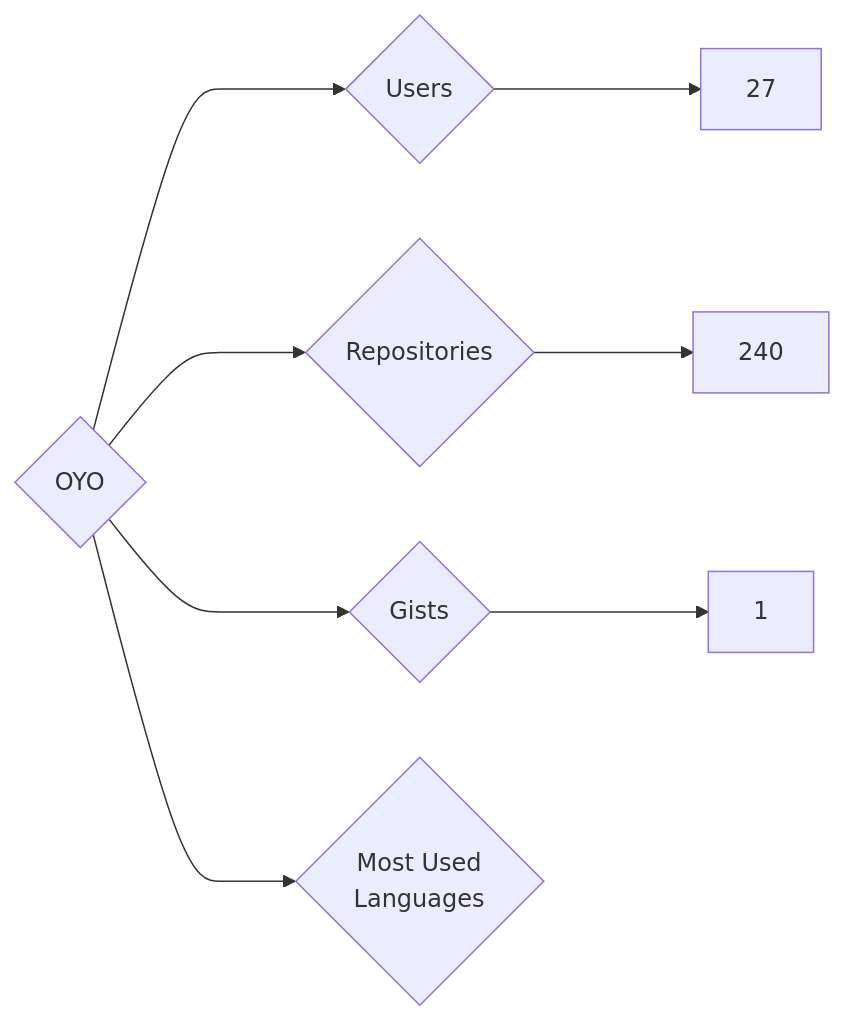
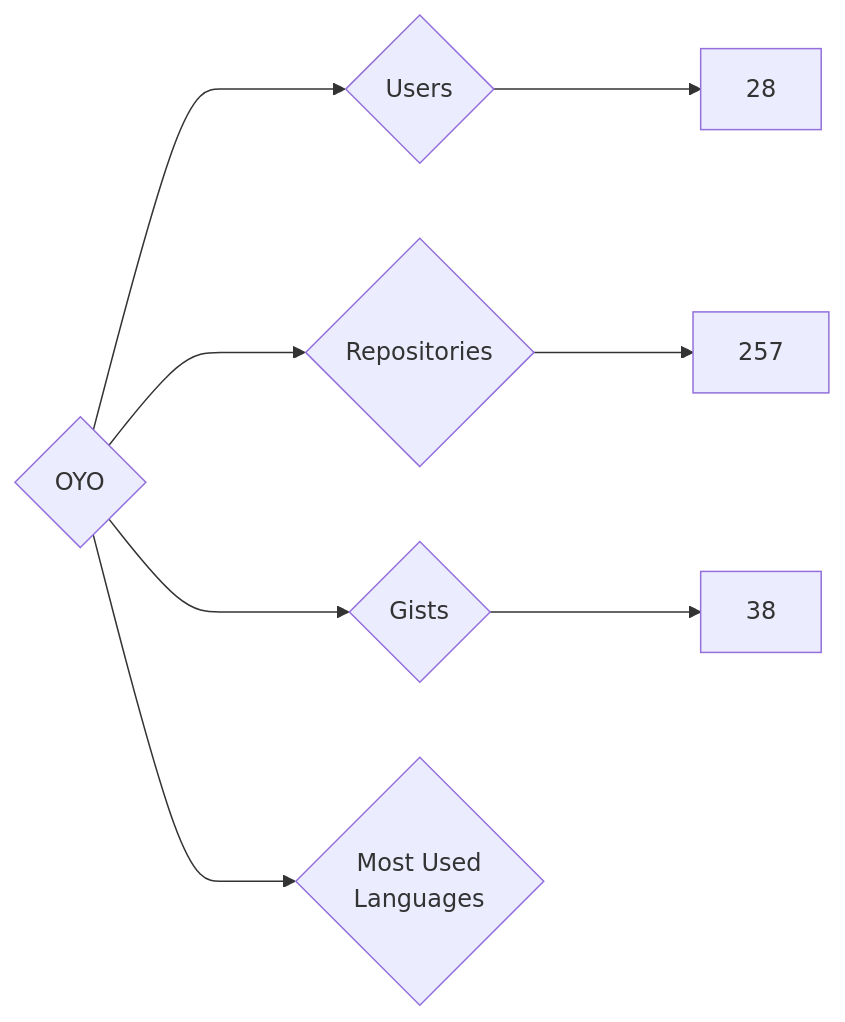
The diagram in targets/OYO/README.md (nenadzaric/insiders), drawn with Mermaid before and after one commit. The commit also changed 1342 other files, not shown here.

````diff
--- a/targets/OYO/README.md
+++ b/targets/OYO/README.md
@@ -3,8 +3,8 @@
 ```mermaid
 graph LR
 COMPANY_NAME{OYO}
-COMPANY_NAME ---> U{Users} ---> UN[27]
-COMPANY_NAME ---> R{Repositories} ---> RN[240]
-COMPANY_NAME ---> G{Gists} ---> GN[1]
+COMPANY_NAME ---> U{Users} ---> UN[28]
+COMPANY_NAME ---> R{Repositories} ---> RN[257]
+COMPANY_NAME ---> G{Gists} ---> GN[38]
 COMPANY_NAME ---> ML{Most Used<br>Languages}
 ```
````
